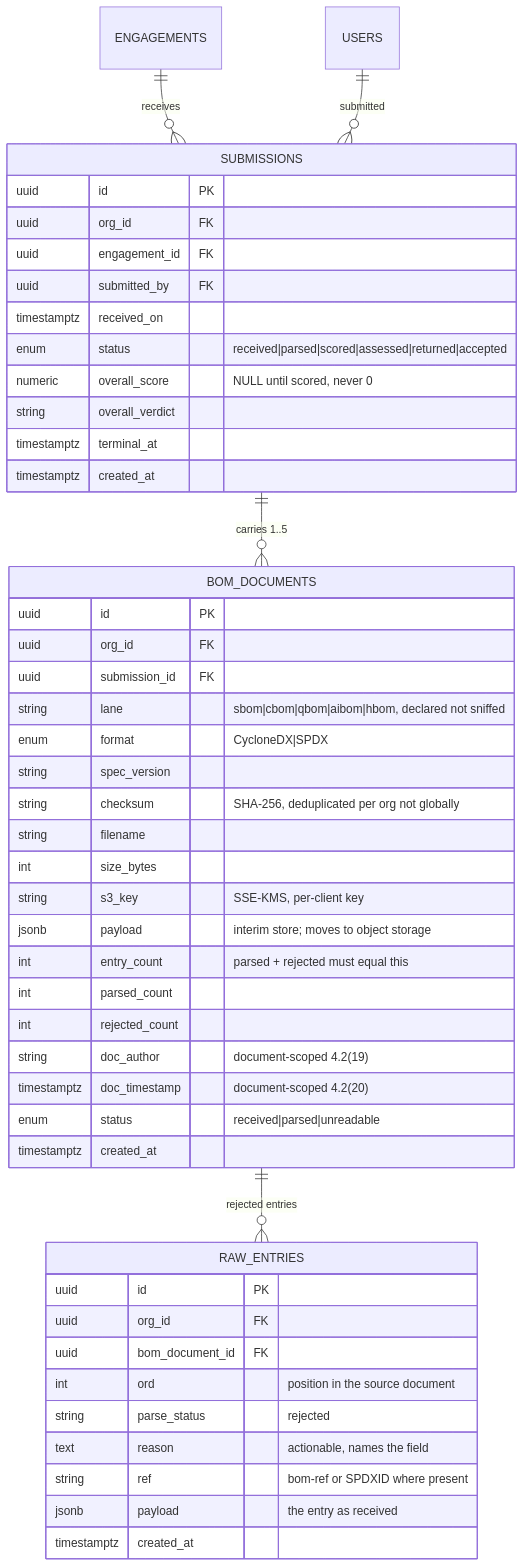
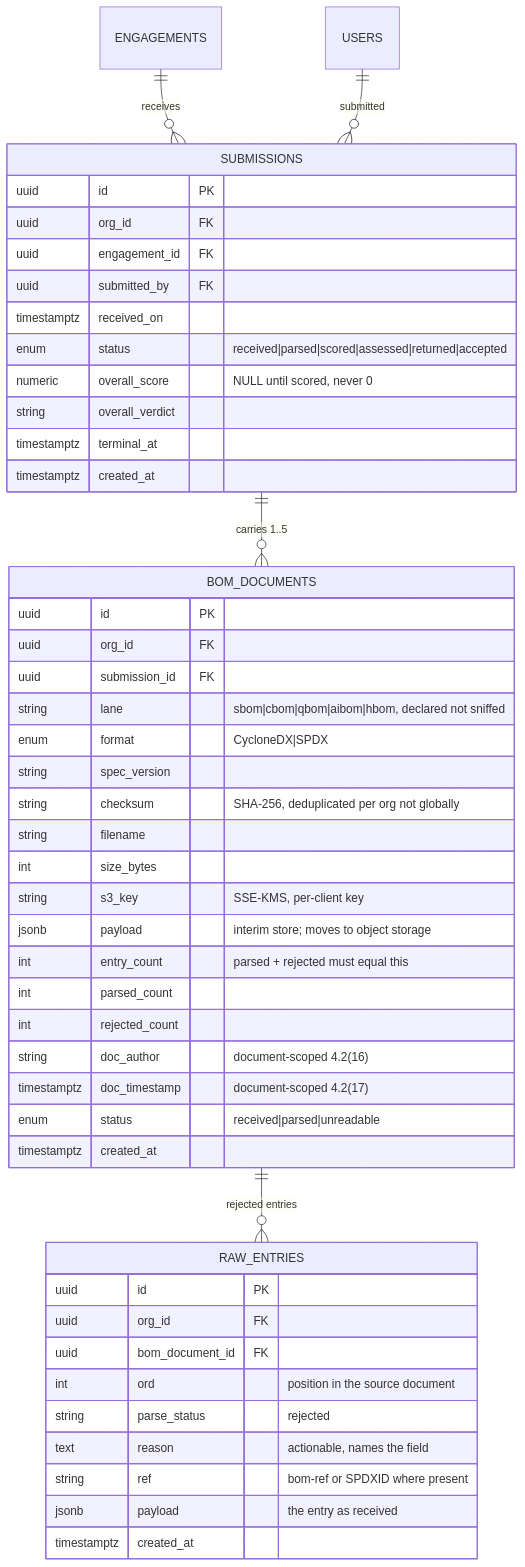
One commit to shubhamjha16/BOM_Automation changed the second of 8 diagrams in docs/DATA_MODEL.md. Above: the diagram before and after it, drawn with Mermaid. The commit also changed 15 other files, not shown here.

````diff
--- a/docs/DATA_MODEL.md
+++ b/docs/DATA_MODEL.md
@@ -109,53 +109,53 @@
 ```mermaid
 erDiagram
     ENGAGEMENTS ||--o{ SUBMISSIONS : "receives"
     USERS ||--o{ SUBMISSIONS : "submitted"
     SUBMISSIONS ||--o{ BOM_DOCUMENTS : "carries 1..5"
     BOM_DOCUMENTS ||--o{ RAW_ENTRIES : "rejected entries"
 
     SUBMISSIONS {
         uuid id PK
         uuid org_id FK
         uuid engagement_id FK
         uuid submitted_by FK
         timestamptz received_on
         enum status "received|parsed|scored|assessed|returned|accepted"
         numeric overall_score "NULL until scored, never 0"
         string overall_verdict
         timestamptz terminal_at
         timestamptz created_at
     }
 
     BOM_DOCUMENTS {
         uuid id PK
         uuid org_id FK
         uuid submission_id FK
         string lane "sbom|cbom|qbom|aibom|hbom, declared not sniffed"
         enum format "CycloneDX|SPDX"
         string spec_version
         string checksum "SHA-256, deduplicated per org not globally"
         string filename
         int size_bytes
         string s3_key "SSE-KMS, per-client key"
         jsonb payload "interim store; moves to object storage"
         int entry_count "parsed + rejected must equal this"
         int parsed_count
         int rejected_count
-        string doc_author "document-scoped 4.2(19)"
-        timestamptz doc_timestamp "document-scoped 4.2(20)"
+        string doc_author "document-scoped 4.2(16)"
+        timestamptz doc_timestamp "document-scoped 4.2(17)"
         enum status "received|parsed|unreadable"
         timestamptz created_at
     }
 
     RAW_ENTRIES {
         uuid id PK
         uuid org_id FK
         uuid bom_document_id FK
         int ord "position in the source document"
         string parse_status "rejected"
         text reason "actionable, names the field"
         string ref "bom-ref or SPDXID where present"
         jsonb payload "the entry as received"
         timestamptz created_at
     }
 ```
````
